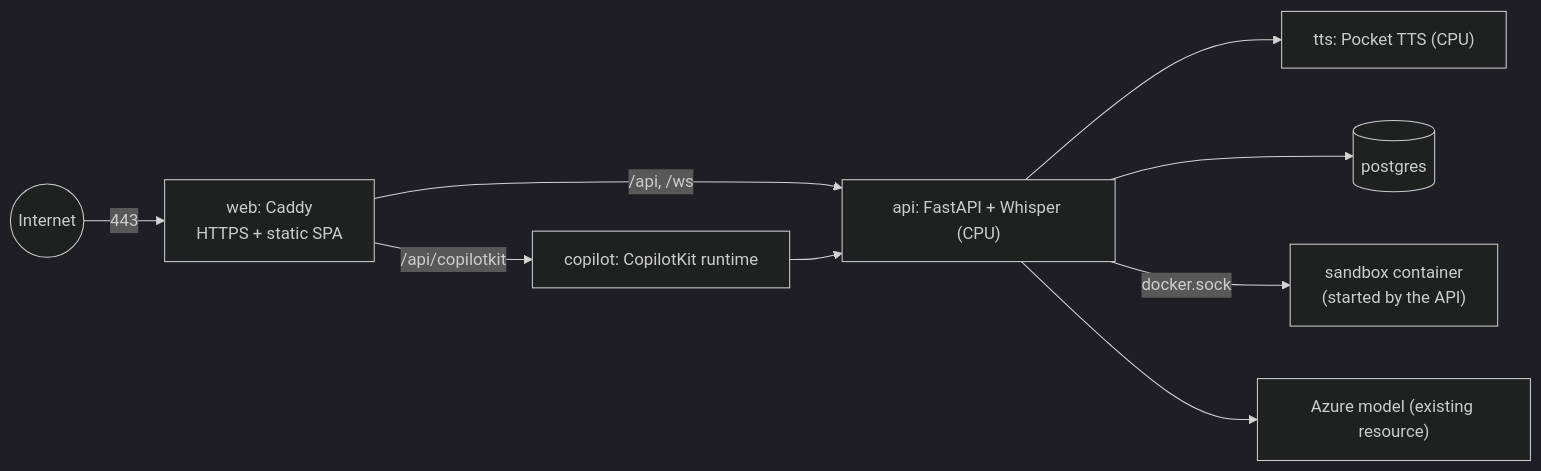
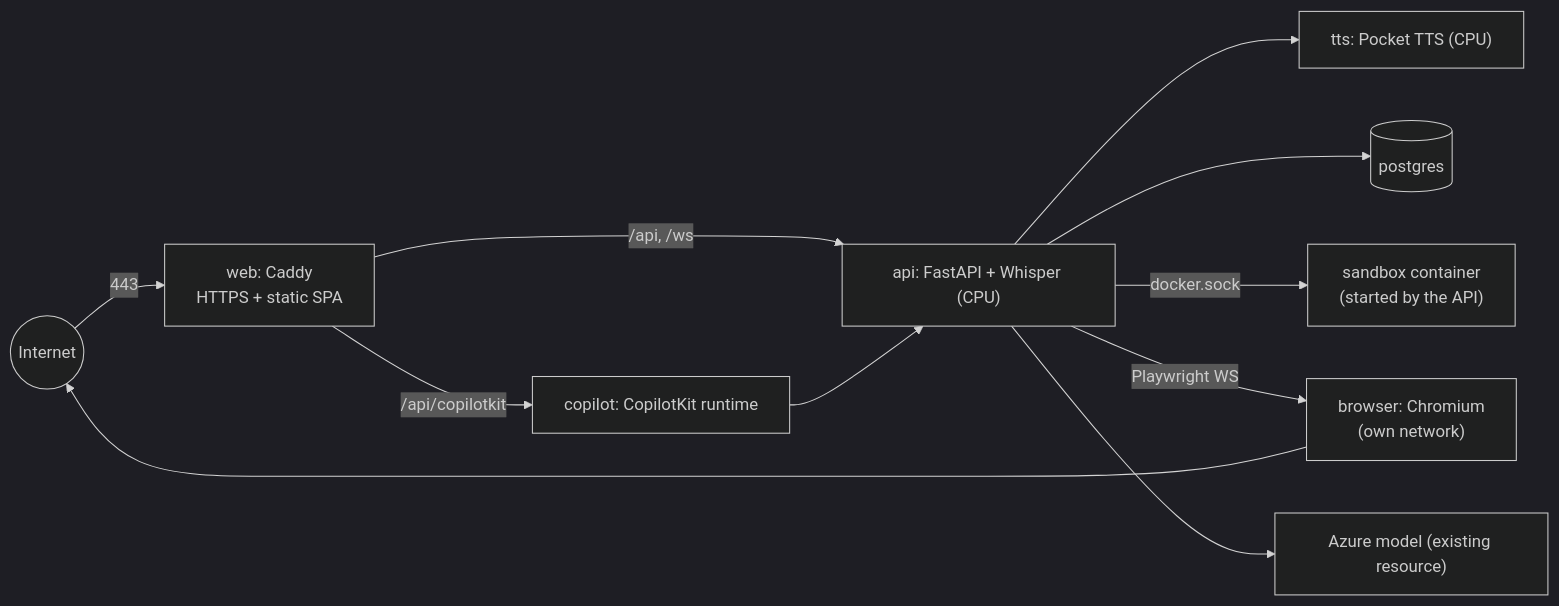
Before and after one commit to AryanJaiswal1003/interviewbud: the diagram in docs/deploy.md, drawn with Mermaid (dark theme). The commit also changed other lines of this file and 1 other file, not shown here.

````diff
--- a/docs/deploy.md
+++ b/docs/deploy.md
@@ -14,11 +14,13 @@
 ```mermaid
 flowchart LR
     I((Internet)) -->|443| W["web: Caddy<br/>HTTPS + static SPA"]
     W -->|/api/copilotkit| C["copilot: CopilotKit runtime"]
     W -->|/api, /ws| A["api: FastAPI + Whisper (CPU)"]
     C --> A
     A --> T["tts: Pocket TTS (CPU)"]
     A --> P[("postgres")]
     A -->|docker.sock| S["sandbox container<br/>(started by the API)"]
+    A -->|Playwright WS| BR["browser: Chromium<br/>(own network)"]
+    BR --> I
     A --> Z["Azure model (existing resource)"]
 ```
````
